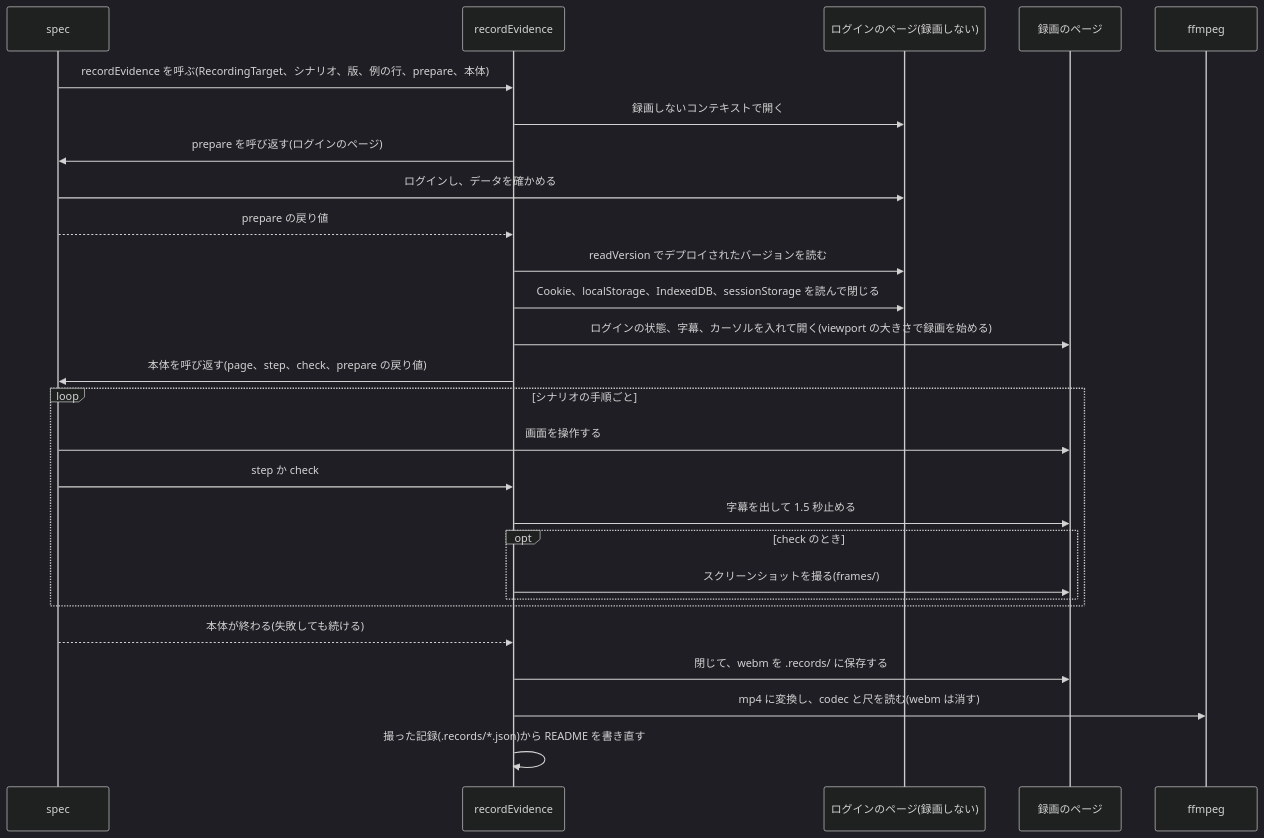
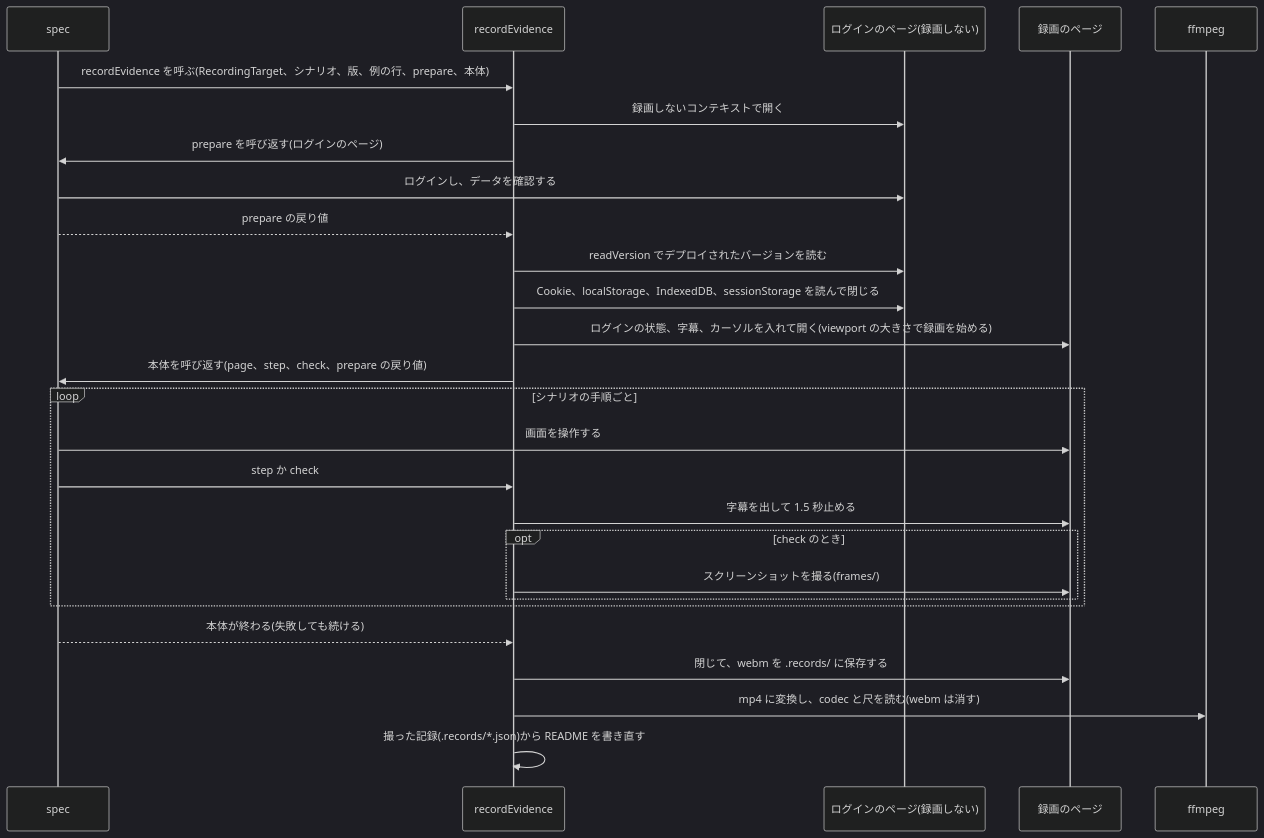
One commit to Fukuemon/buddy changed the second of 2 diagrams in packages/e2e/kit/recording/DesignDoc.md. Above: the diagram before and after it, drawn with Mermaid (dark theme). The commit also changed other lines of this file and 28 other files, not shown here.

````diff
--- a/packages/e2e/kit/recording/DesignDoc.md
+++ b/packages/e2e/kit/recording/DesignDoc.md
@@ -71,30 +71,30 @@
 ```mermaid
 sequenceDiagram
   participant spec
   participant rec as recordEvidence
   participant login as ログインのページ(録画しない)
   participant page as 録画のページ
   participant ff as ffmpeg
 
   spec->>rec: recordEvidence を呼ぶ(RecordingTarget、シナリオ、版、例の行、prepare、本体)
   rec->>login: 録画しないコンテキストで開く
   rec->>spec: prepare を呼び返す(ログインのページ)
-  spec->>login: ログインし、データを確かめる
+  spec->>login: ログインし、データを確認する
   spec-->>rec: prepare の戻り値
   rec->>login: readVersion でデプロイされたバージョンを読む
   rec->>login: Cookie、localStorage、IndexedDB、sessionStorage を読んで閉じる
   rec->>page: ログインの状態、字幕、カーソルを入れて開く(viewport の大きさで録画を始める)
   rec->>spec: 本体を呼び返す(page、step、check、prepare の戻り値)
   loop シナリオの手順ごと
     spec->>page: 画面を操作する
     spec->>rec: step か check
     rec->>page: 字幕を出して 1.5 秒止める
     opt check のとき
       rec->>page: スクリーンショットを撮る(frames/)
     end
   end
   spec-->>rec: 本体が終わる(失敗しても続ける)
   rec->>page: 閉じて、webm を .records/ に保存する
   rec->>ff: mp4 に変換し、codec と尺を読む(webm は消す)
   rec->>rec: 撮った記録(.records/*.json)から README を書き直す
 ```
````
